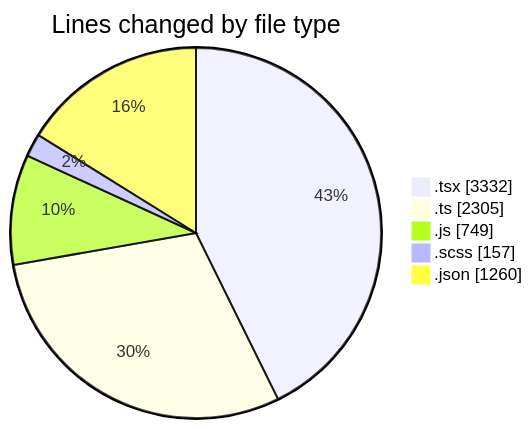
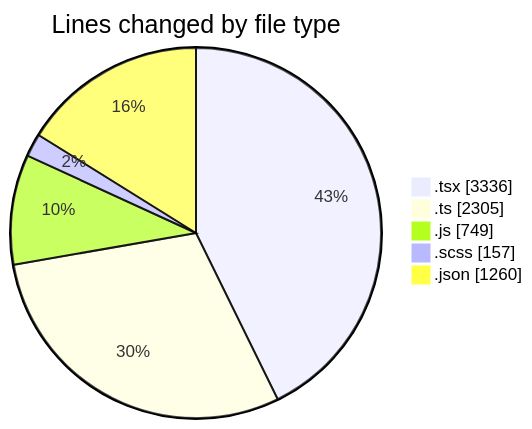
One commit to momahboobian/code-tracking changed the first of 2 diagrams in 2026-06-15/cda/README.md. Above: the diagram before and after it, drawn with Mermaid. The commit also changed other lines of this file and 1 other file, not shown here.

````diff
--- a/2026-06-15/cda/README.md
+++ b/2026-06-15/cda/README.md
@@ -64,9 +64,9 @@
 ```mermaid
 pie showData
 title Lines changed by file type
-".tsx" : 3332
+".tsx" : 3336
 ".ts" : 2305
 ".js" : 749
 ".scss" : 157
 ".json" : 1260
 ```
````
